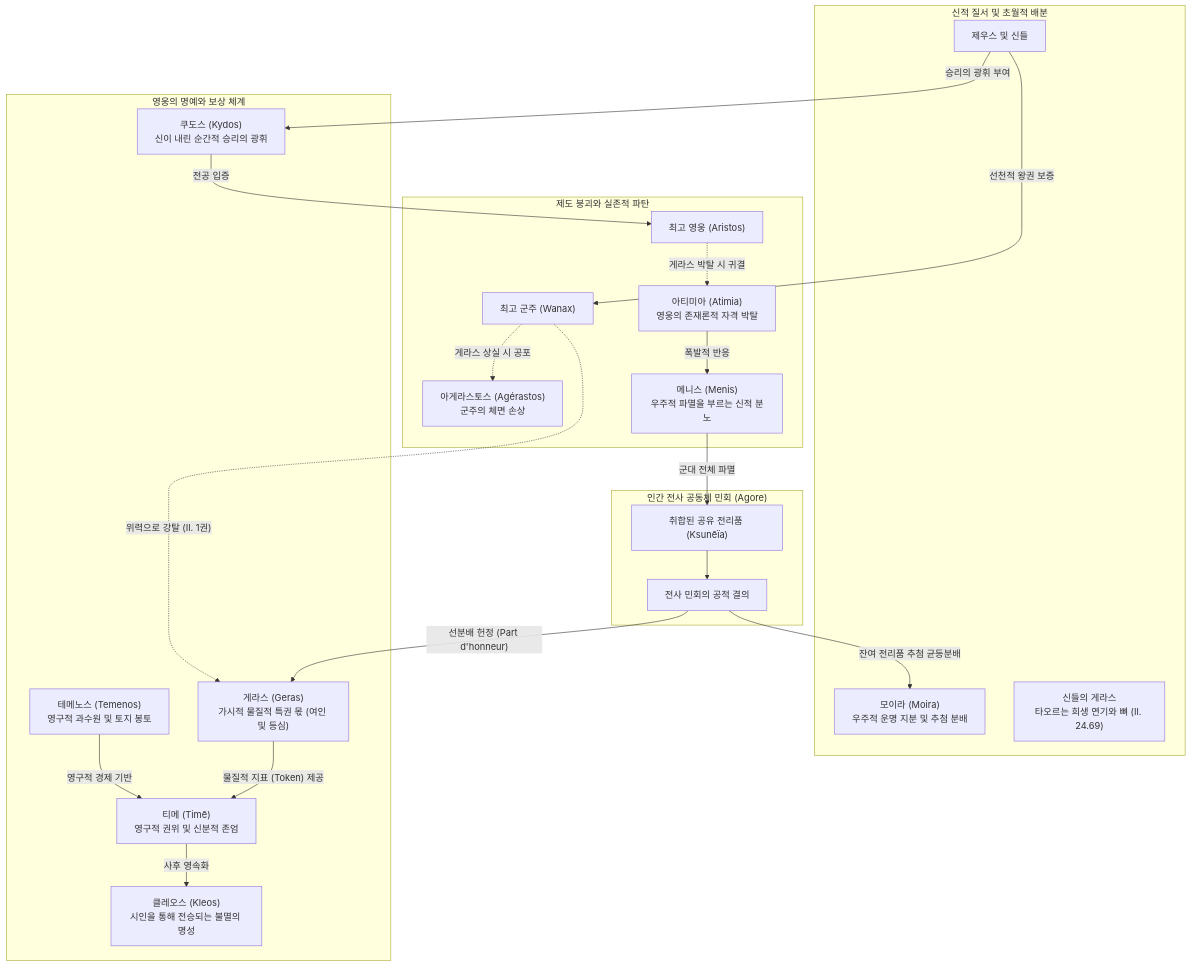
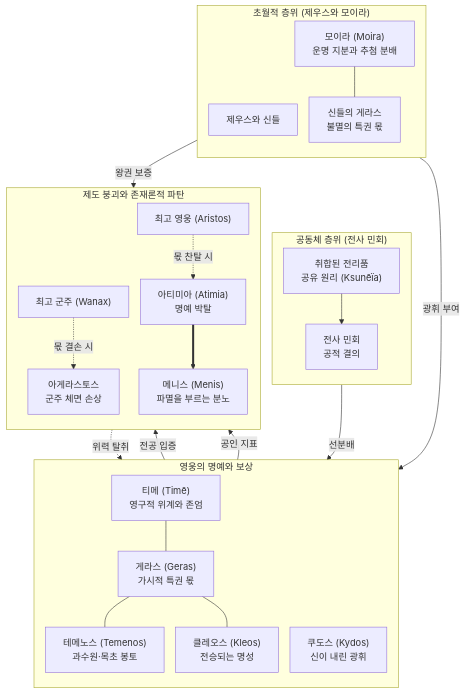
The diagram in wiki/concepts/concept-geras.md (YgHnSIM/Homer_wiki), drawn with Mermaid before and after one commit. The commit also changed 2 other files, not shown here.

Commit message:
chore(meta): Mermaid 서사 위계 CSS 및 geras 파일럿
focus/crisis/resolve를 custom.scss에 추가하고 concept-geras에 적용한다.

````diff
--- a/wiki/concepts/concept-geras.md
+++ b/wiki/concepts/concept-geras.md
@@ -170,47 +170,51 @@
 ```mermaid
-graph TD
-    subgraph Divine_Order["신적 질서 및 초월적 배분"]
-        Zeus["제우스 및 신들"]
-        Moira["모이라 (Moira)<br/>우주적 운명 지분 및 추첨 분배"]
-        DivineGeras["신들의 게라스<br/>타오르는 희생 연기와 뼈 (Il. 24.69)"]
+%%{init: {'flowchart': {'useMaxWidth': true, 'nodeSpacing': 20, 'rankSpacing': 28}}}%%
+flowchart TD
+    subgraph Divine_Order ["초월적 층위 (제우스와 모이라)"]
+        direction TB
+        Zeus["제우스와 신들"]
+        Moira["모이라 (Moira)<br/>운명 지분과 추첨 분배"]
+        DivineGeras["신들의 게라스<br/>불멸의 특권 몫"]
     end
 
-    subgraph Assembly["인간 전사 공동체 민회 (Agore)"]
-        Ksunēïa["취합된 공유 전리품 (Ksunēïa)"]
-        Council["전사 민회의 공적 결의"]
+    subgraph Assembly ["공동체 층위 (전사 민회)"]
+        direction TB
+        Ksunēïa["취합된 전리품<br/>공유 원리 (Ksunēïa)"]
+        Council["전사 민회<br/>공적 결의"]
     end
 
-    subgraph Heroic_Status["영웅의 명예와 보상 체계"]
-        Time["티메 (Timē)<br/>영구적 권위 및 신분적 존엄"]
-        Geras["게라스 (Geras)<br/>가시적 물질적 특권 몫 (여인 및 등심)"]
-        Temenos["테메노스 (Temenos)<br/>영구적 과수원 및 토지 봉토"]
-        Kydos["쿠도스 (Kydos)<br/>신이 내린 순간적 승리의 광휘"]
-        Kleos["클레오스 (Kleos)<br/>시인을 통해 전승되는 불멸의 명성"]
+    subgraph Heroic_Status ["영웅의 명예와 보상"]
+        direction TB
+        Time["티메 (Timē)<br/>영구적 위계와 존엄"]
+        Geras["게라스 (Geras)<br/>가시적 특권 몫"]:::focus
+        Temenos["테메노스 (Temenos)<br/>과수원·목초 봉토"]
+        Kydos["쿠도스 (Kydos)<br/>신이 내린 광휘"]
+        Kleos["클레오스 (Kleos)<br/>전승되는 명성"]
     end
 
-    subgraph Crisis_Rupture["제도 붕괴와 실존적 파탄"]
+    subgraph Crisis_Rupture ["제도 붕괴와 존재론적 파탄"]
+        direction TB
         Agamemnon["최고 군주 (Wanax)"]
         Achilles["최고 영웅 (Aristos)"]
-        Agerastos["아게라스토스 (Agérastos)<br/>군주의 체면 손상"]
-        Atimia["아티미아 (Atimia)<br/>영웅의 존재론적 자격 박탈"]
-        Menis["메니스 (Menis)<br/>우주적 파멸을 부르는 신적 분노"]
+        Agerastos["아게라스토스<br/>군주 체면 손상"]
+        Atimia["아티미아 (Atimia)<br/>명예 박탈"]:::crisis
+        Menis["메니스 (Menis)<br/>파멸을 부르는 분노"]:::crisis
     end
 
-    Zeus -->|"선천적 왕권 보증"| Agamemnon
-    Zeus -->|"승리의 광휘 부여"| Kydos
+    Zeus -->|"왕권 보증"| Agamemnon
+    Zeus -->|"광휘 부여"| Kydos
     Kydos -->|"전공 입증"| Achilles
-    
+
     Ksunēïa --> Council
-    Council -->|"선분배 헌정 (Part d'honneur)"| Geras
-    Council -->|"잔여 전리품 추첨 균등분배"| Moira
-    
-    Geras -->|"물질적 지표 (Token) 제공"| Time
-    Temenos -->|"영구적 경제 기반"| Time
-    Time -->|"사후 영속화"| Kleos
-    
-    Agamemnon -.->|"위력으로 강탈 (Il. 1권)"| Geras
-    Agamemnon -.->|"게라스 상실 시 공포"| Agerastos
-    Achilles -.->|"게라스 박탈 시 귀결"| Atimia
-    Atimia -->|"폭발적 반응"| Menis
-    Menis -->|"군대 전체 파멸"| Ksunēïa
+    Council -->|"선분배"| Geras
+    Geras -->|"공인 지표"| Achilles
+    Time --- Geras
+    Geras --- Temenos
+    Geras --- Kleos
+    Moira --- DivineGeras
+
+    Agamemnon -.->|"위력 탈취"| Geras
+    Agamemnon -.->|"몫 결손 시"| Agerastos
+    Achilles -.->|"몫 찬탈 시"| Atimia
+    Atimia ==> Menis
 ```
````
